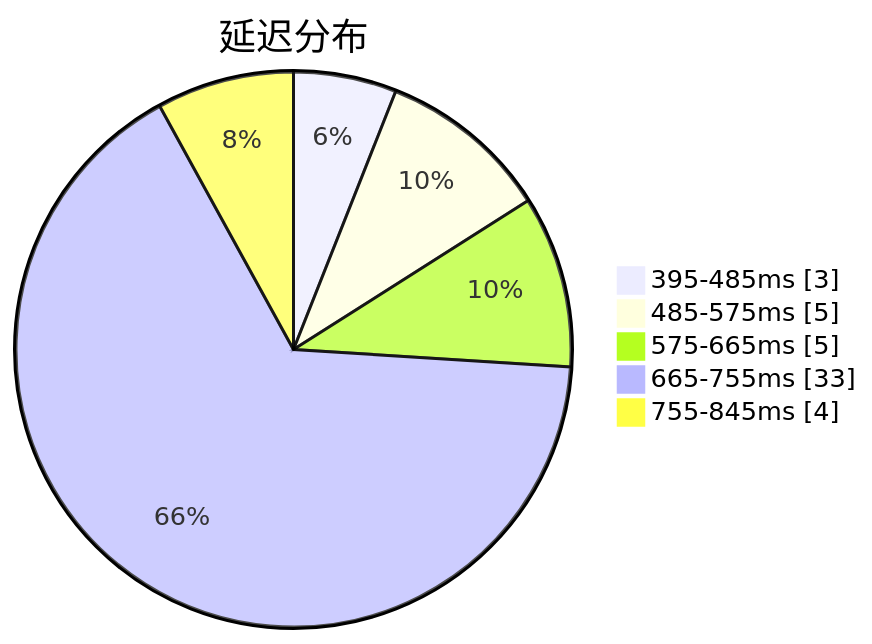
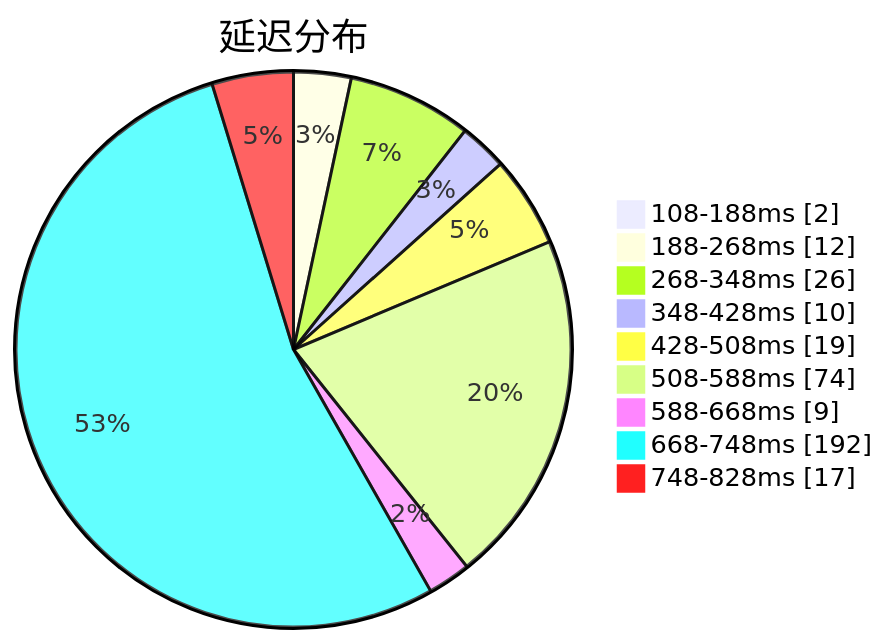
Before and after one commit to sinspired/airport: the first of 3 diagrams in subs/statistics/tested_within.md, drawn with Mermaid. The commit also changed other lines of this file and 2 other files, not shown here.

````diff
--- a/subs/statistics/tested_within.md
+++ b/subs/statistics/tested_within.md
@@ -2,9 +2,13 @@
 ```mermaid
 pie showData
 title 延迟分布
-"395-485ms" : 3
-"485-575ms" : 5
-"575-665ms" : 5
-"665-755ms" : 33
-"755-845ms" : 4
+"108-188ms" : 2
+"188-268ms" : 12
+"268-348ms" : 26
+"348-428ms" : 10
+"428-508ms" : 19
+"508-588ms" : 74
+"588-668ms" : 9
+"668-748ms" : 192
+"748-828ms" : 17
 ```
````
